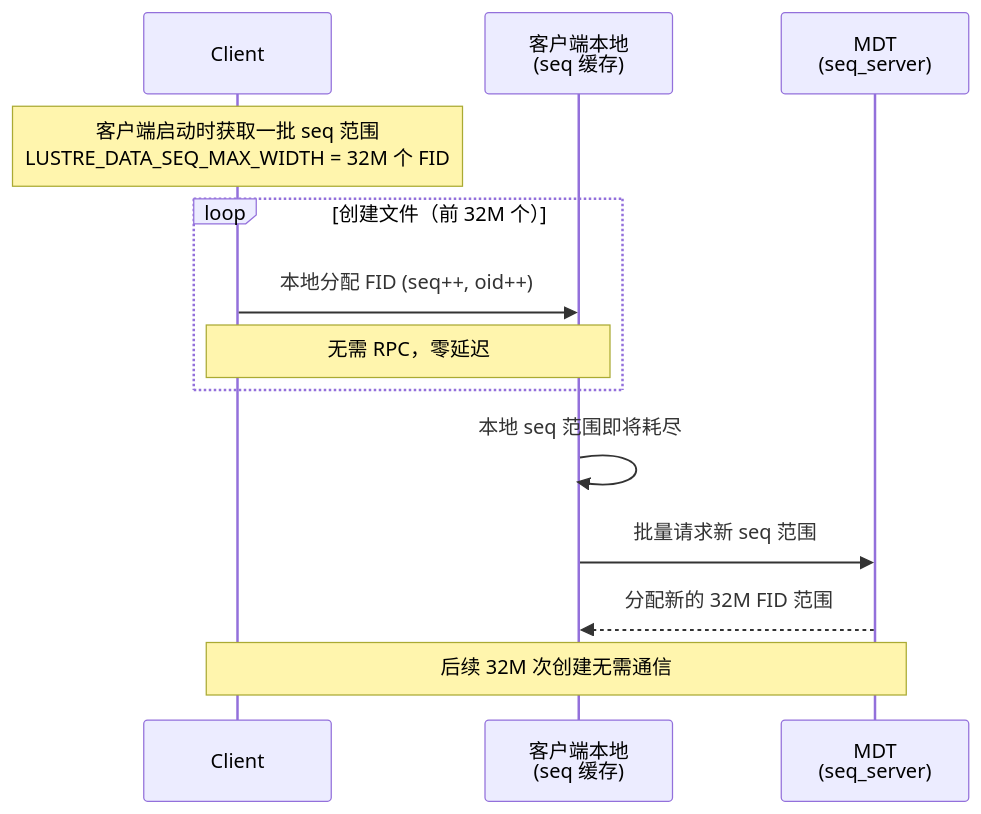
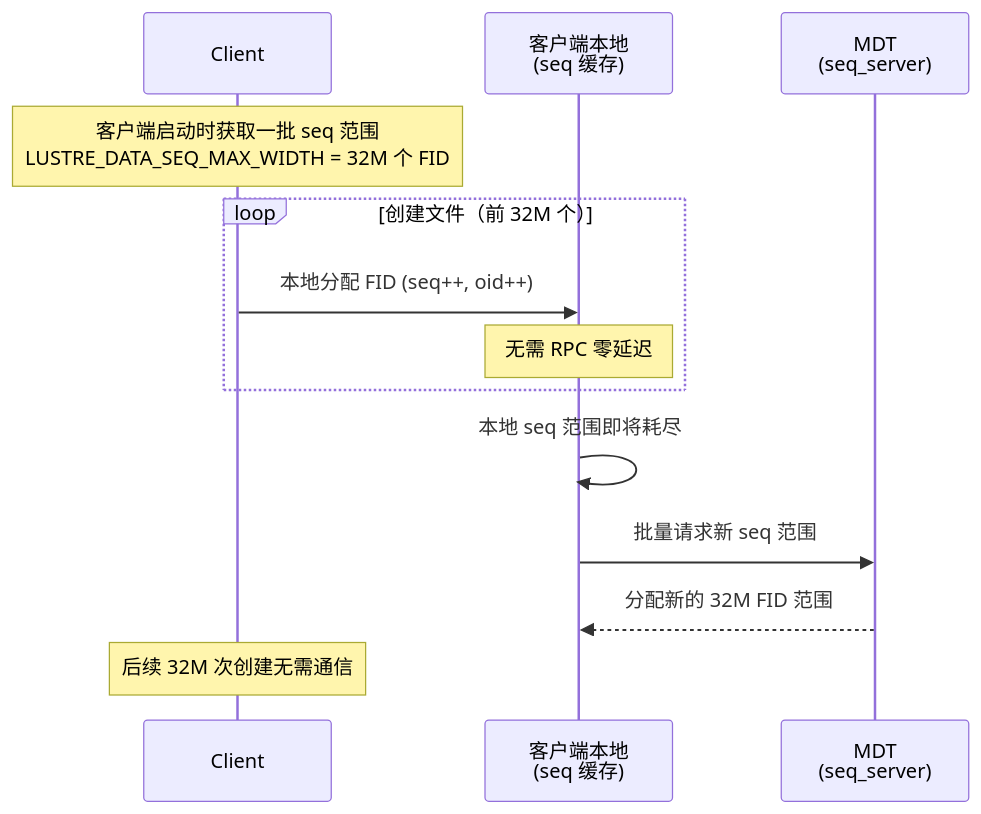
Before and after one commit to carlvinhust2012/MyStudy: the seventh of 9 diagrams in Storage/lustre/lustre的并行机制分析.md, drawn with Mermaid. The commit also changed other lines of this file, not shown here.

````diff
--- a/Storage/lustre/lustre的并行机制分析.md
+++ b/Storage/lustre/lustre的并行机制分析.md
@@ -354,18 +354,18 @@
 ```mermaid
 sequenceDiagram
     participant Client
     participant Local as 客户端本地<br/>(seq 缓存)
     participant MDT as MDT<br/>(seq_server)
 
     Note over Client: 客户端启动时获取一批 seq 范围<br/>LUSTRE_DATA_SEQ_MAX_WIDTH = 32M 个 FID
 
     loop 创建文件（前 32M 个）
         Client->>Local: 本地分配 FID (seq++, oid++)
-        Note over Client,Local: 无需 RPC，零延迟
+        Note over Local: 无需 RPC 零延迟
     end
 
     Local->>Local: 本地 seq 范围即将耗尽
     Local->>MDT: 批量请求新 seq 范围
     MDT-->>Local: 分配新的 32M FID 范围
-    Note over Client,MDT: 后续 32M 次创建无需通信
+    Note over Client: 后续 32M 次创建无需通信
 ```
````
